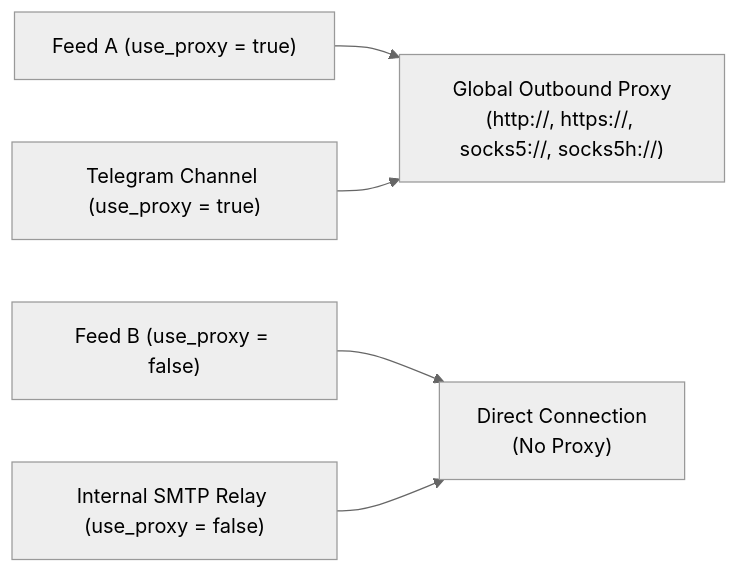
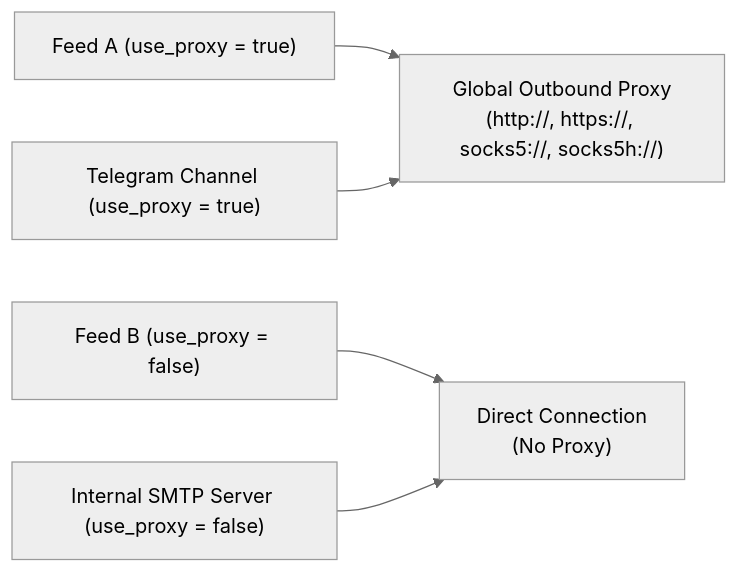
Before and after one commit to ElleryHe/FeedCourier: the diagram in docs/guide/configuration.md, drawn with Mermaid (neutral theme). The commit also changed other lines of this file and 57 other files, not shown here.

````diff
--- a/docs/guide/configuration.md
+++ b/docs/guide/configuration.md
@@ -34,10 +32,10 @@
 ```mermaid
 flowchart LR
     P["Global Outbound Proxy\n(http://, https://, socks5://, socks5h://)"]
     D["Direct Connection\n(No Proxy)"]
 
     F1["Feed A (use_proxy = true)"] --> P
     F2["Feed B (use_proxy = false)"] --> D
     C1["Telegram Channel (use_proxy = true)"] --> P
-    C2["Internal SMTP Relay (use_proxy = false)"] --> D
+    C2["Internal SMTP Server (use_proxy = false)"] --> D
 ```
````
